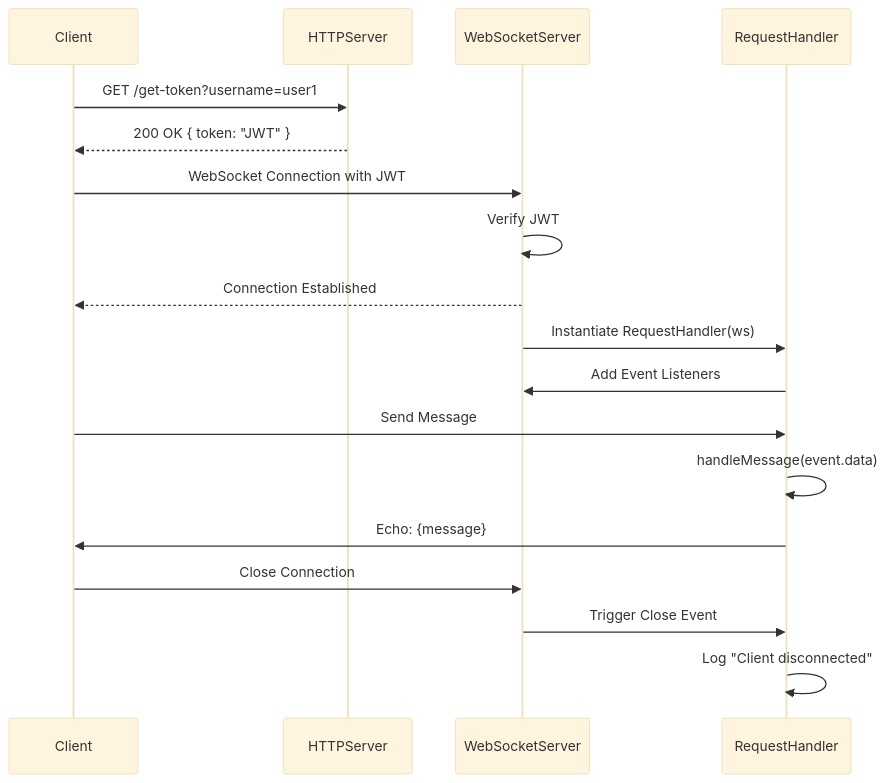
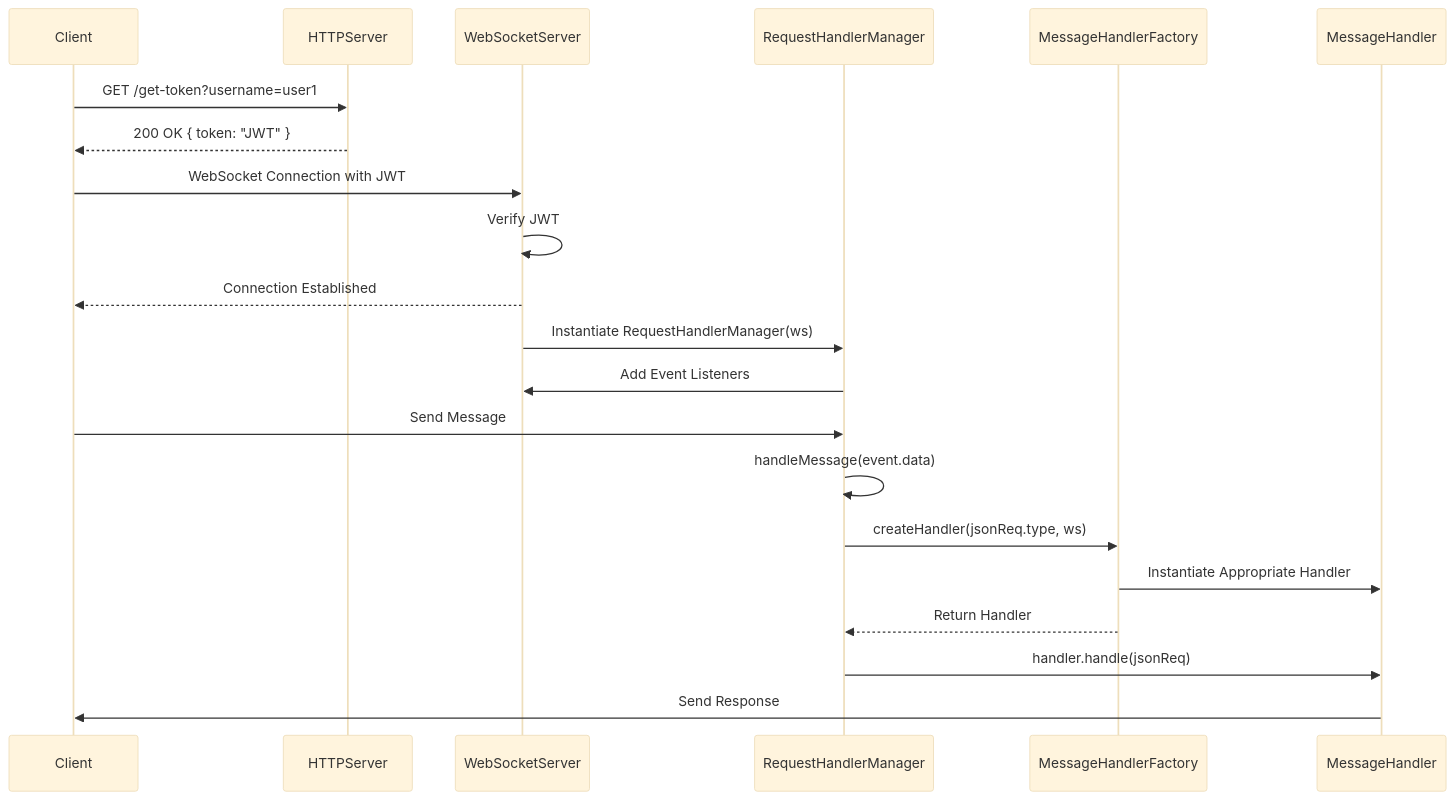
The diagram in README.md (dacs30/web-socket-api), drawn with Mermaid (base theme) before and after one commit. The commit also changed other lines of this file and 12 other files, not shown here.

````diff
--- a/README.md
+++ b/README.md
@@ -30,25 +32,28 @@
 ```mermaid
 sequenceDiagram
     participant Client
     participant HTTPServer
     participant WebSocketServer
-    participant RequestHandler
+    participant RequestHandlerManager
+    participant MessageHandlerFactory
+    participant MessageHandler
 
     Client->>HTTPServer: GET /get-token?username=user1
     HTTPServer-->>Client: 200 OK { token: "JWT" }
 
     Client->>WebSocketServer: WebSocket Connection with JWT
     WebSocketServer->>WebSocketServer: Verify JWT
     WebSocketServer-->>Client: Connection Established
 
-    WebSocketServer->>RequestHandler: Instantiate RequestHandler(ws)
-    RequestHandler->>WebSocketServer: Add Event Listeners
+    WebSocketServer->>RequestHandlerManager: Instantiate RequestHandlerManager(ws)
+    RequestHandlerManager->>WebSocketServer: Add Event Listeners
 
-    Client->>RequestHandler: Send Message
-    RequestHandler->>RequestHandler: handleMessage(event.data)
-    RequestHandler->>Client: Echo: {message}
+    Client->>RequestHandlerManager: Send Message
+    RequestHandlerManager->>RequestHandlerManager: handleMessage(event.data)
+    RequestHandlerManager->>MessageHandlerFactory: createHandler(jsonReq.type, ws)
+    MessageHandlerFactory->>MessageHandler: Instantiate Appropriate Handler
+    MessageHandlerFactory-->>RequestHandlerManager: Return Handler
 
-    Client->>WebSocketServer: Close Connection
-    WebSocketServer->>RequestHandler: Trigger Close Event
-    RequestHandler->>RequestHandler: Log "Client disconnected"
+    RequestHandlerManager->>MessageHandler: handler.handle(jsonReq)
+    MessageHandler->>Client: Send Response
 ```
````
